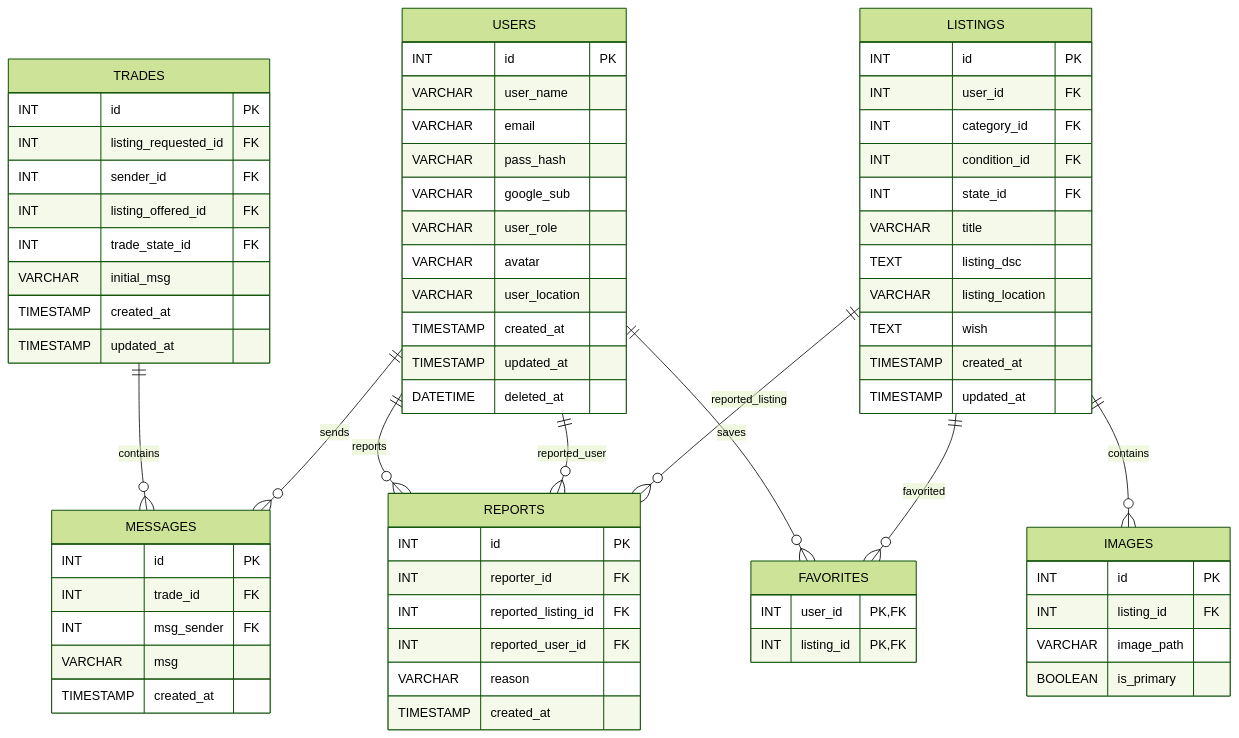
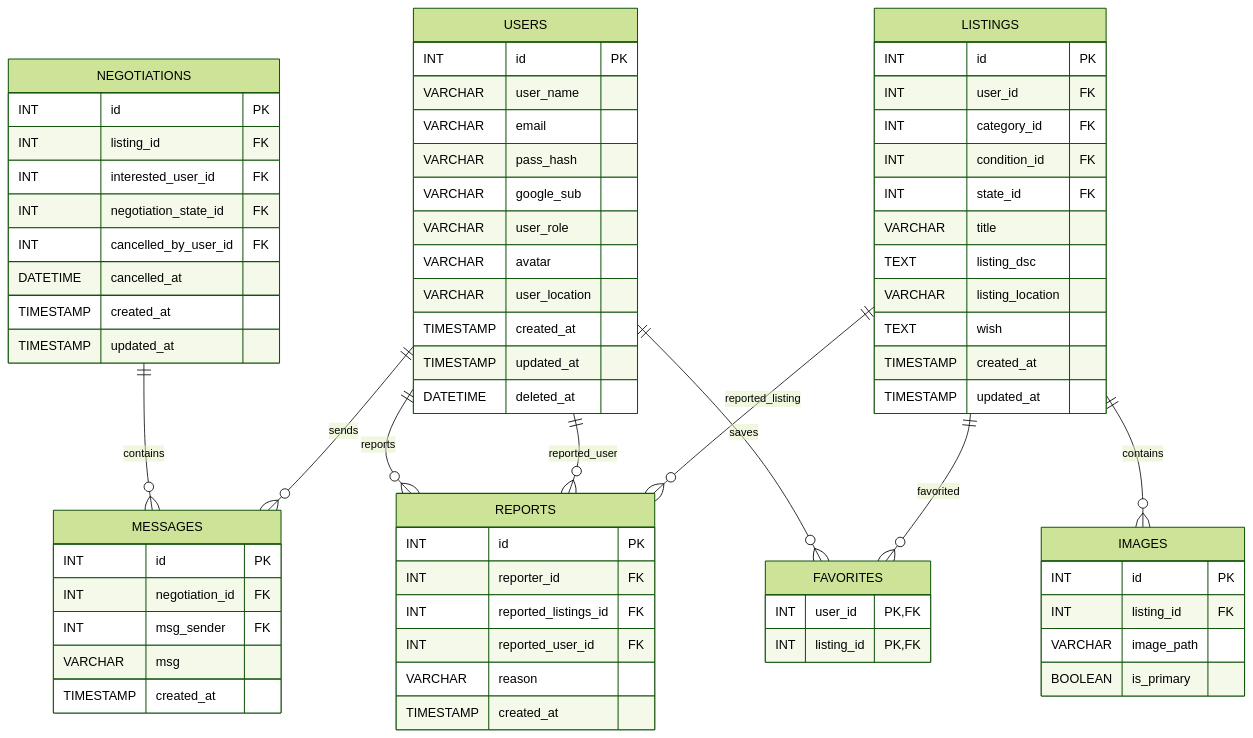
The second of 2 diagrams in srcs/services/mariadb/dakaERD.md (djunho/daka), drawn with Mermaid (forest theme) before and after one commit. The commit also changed other lines of this file and 4 other files, not shown here.

Commit message:
FEAT/database: align schema with negotiation flow.

```diff
--- a/srcs/services/mariadb/dakaERD.md
+++ b/srcs/services/mariadb/dakaERD.md
@@ -91,7 +109,7 @@
 
     MESSAGES {
         INT id PK
-        INT trade_id FK
+        INT negotiation_id FK
         INT msg_sender FK
         VARCHAR msg
         TIMESTAMP created_at
@@ -100,7 +118,7 @@
     REPORTS {
         INT id PK
         INT reporter_id FK
-        INT reported_listing_id FK
+        INT reported_listings_id FK
         INT reported_user_id FK
         VARCHAR reason
         TIMESTAMP created_at
@@ -139,20 +157,20 @@
         TIMESTAMP updated_at
     }
 
-    TRADES {
+    NEGOTIATIONS {
         INT id PK
-        INT listing_requested_id FK
-        INT sender_id FK
-        INT listing_offered_id FK
-        INT trade_state_id FK
-        VARCHAR initial_msg
+        INT listing_id FK
+        INT interested_user_id FK
+        INT negotiation_state_id FK
+        INT cancelled_by_user_id FK
+        DATETIME cancelled_at
         TIMESTAMP created_at
         TIMESTAMP updated_at
     }
 
     LISTINGS ||--o{ IMAGES : contains
 
-    TRADES ||--o{ MESSAGES : contains
+    NEGOTIATIONS ||--o{ MESSAGES : contains
     USERS ||--o{ MESSAGES : sends
 
     USERS ||--o{ REPORTS : reports
```
